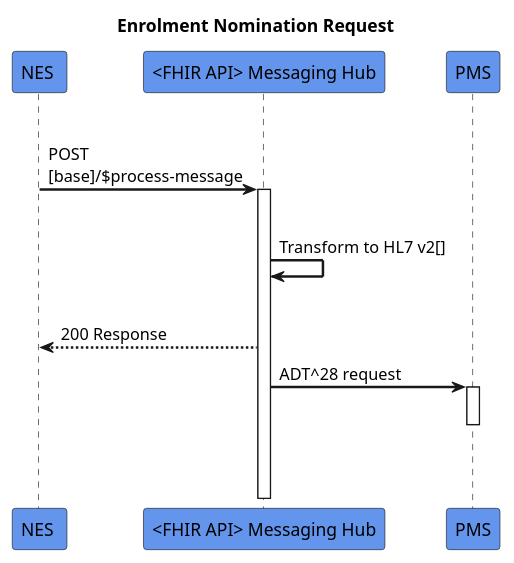
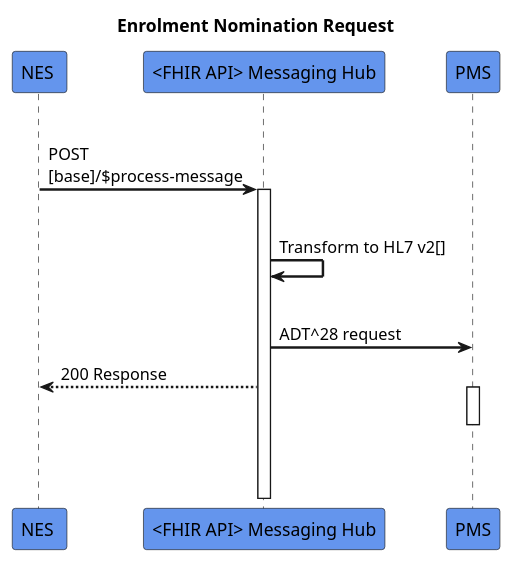
Before and after one commit to HL7NZ/nes-ig: the diagram in input/images-source/enrolment-nomination-request.plantuml, drawn with PlantUML. The commit also changed other lines of this file and 5 other files, not shown here.

```diff
--- a/input/images-source/enrolment-nomination-request.plantuml
+++ b/input/images-source/enrolment-nomination-request.plantuml
@@ -1,23 +1,23 @@
 @startuml
 skinparam sequenceArrowThickness 2
 skinparam roundcorner 5
 skinparam maxmessagesize 180
 skinparam sequenceParticipant bold
 title  Enrolment Nomination Request
 participant "NES " as A #CornflowerBlue
 participant "<FHIR API> Messaging Hub" as B #CornflowerBlue
 participant "PMS" as C #CornflowerBlue
 |||
 
 A -> B: POST [base]/$process-message
 activate B
 |||
 B -> B: Transform to HL7 v2[]
 |||
+B -> C: ADT^28 request
 B -[dashed]-> A: 200 Response 
-B -> C: ADT^28 request
 activate C
 |||
 deactivate C
 |||
 @enduml
```
